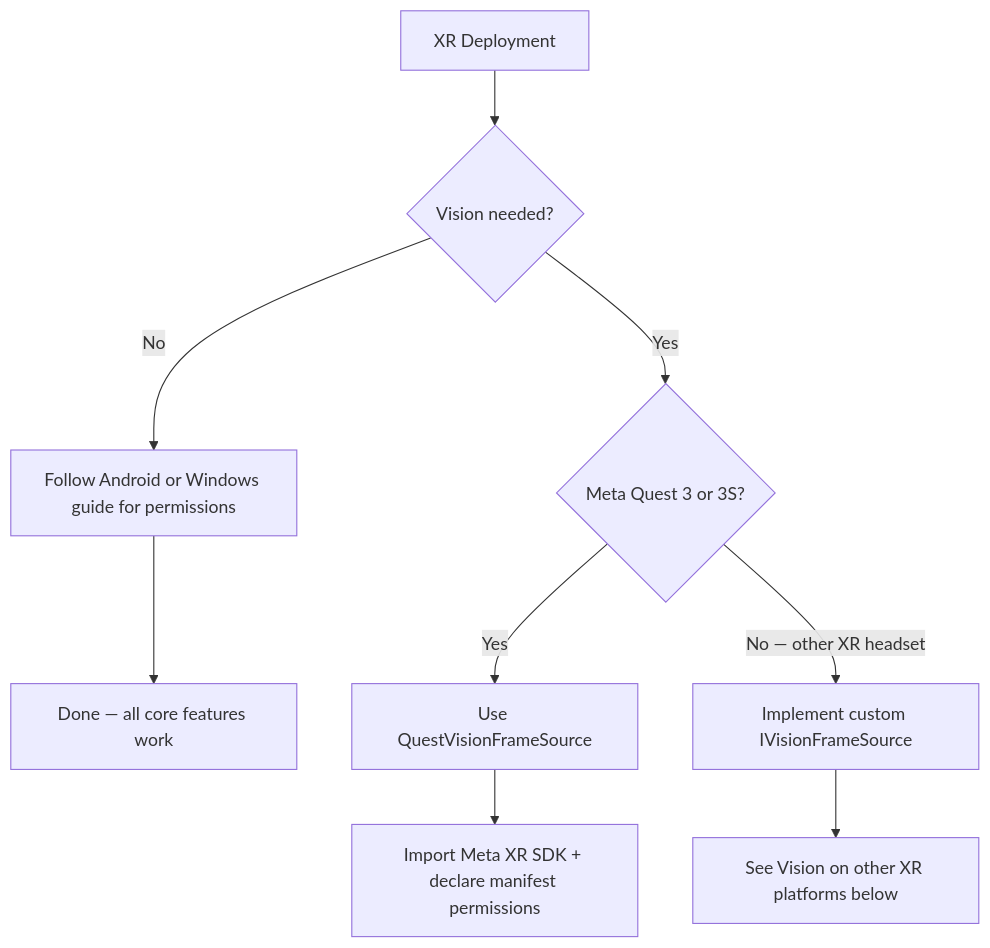
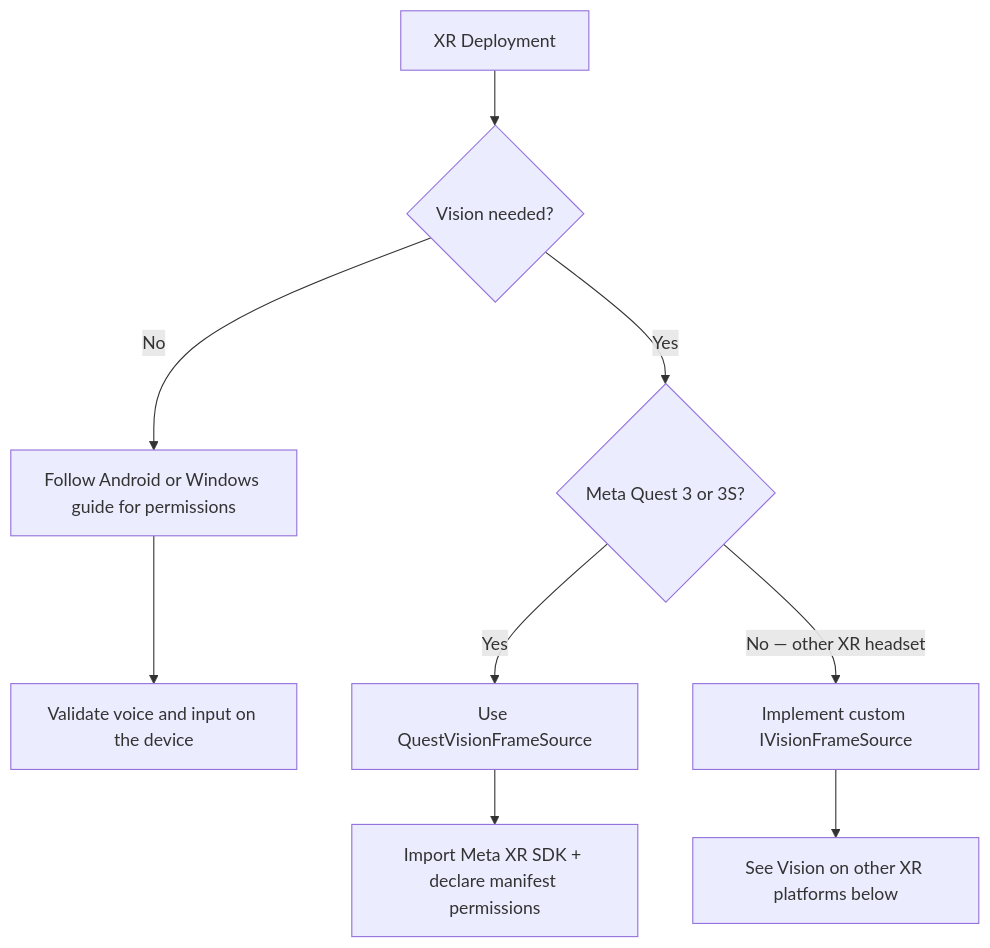
The diagram in plugins-and-integrations/convai-unity-sdk/platform-guides/xr-headsets.md (Conv-AI/Convai-Documentation), drawn with Mermaid before and after one commit. The commit also changed other lines of this file and 48 other files, not shown here.

````diff
--- a/plugins-and-integrations/convai-unity-sdk/platform-guides/xr-headsets.md
+++ b/plugins-and-integrations/convai-unity-sdk/platform-guides/xr-headsets.md
@@ -40,11 +42,11 @@
 ```mermaid
 graph TD
     A[XR Deployment] --> B{Vision needed?}
     B -->|No| C[Follow Android or Windows guide for permissions]
-    C --> D[Done — all core features work]
+    C --> D[Validate voice and input on the device]
     B -->|Yes| E{Meta Quest 3 or 3S?}
     E -->|Yes| F[Use QuestVisionFrameSource]
     F --> G[Import Meta XR SDK + declare manifest permissions]
     E -->|No — other XR headset| H[Implement custom IVisionFrameSource]
     H --> I[See Vision on other XR platforms below]
 ```
````
